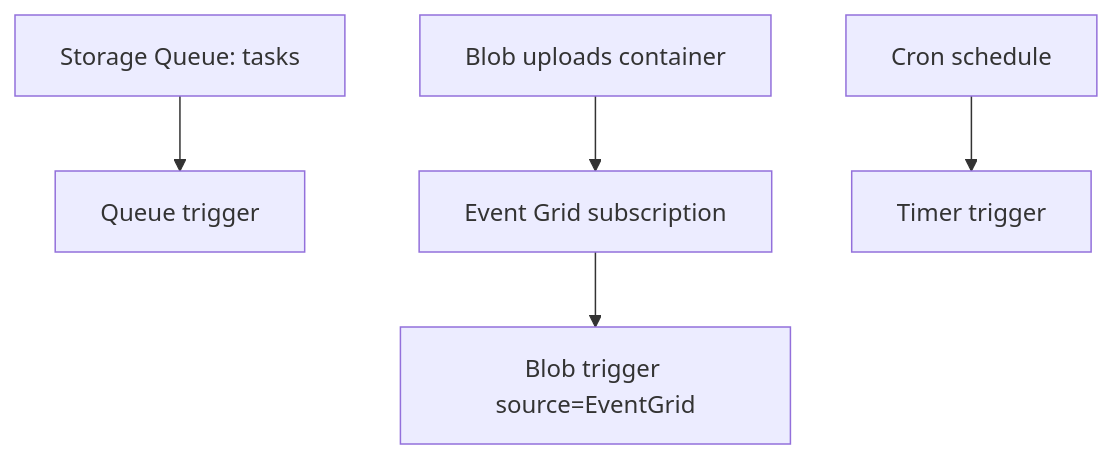
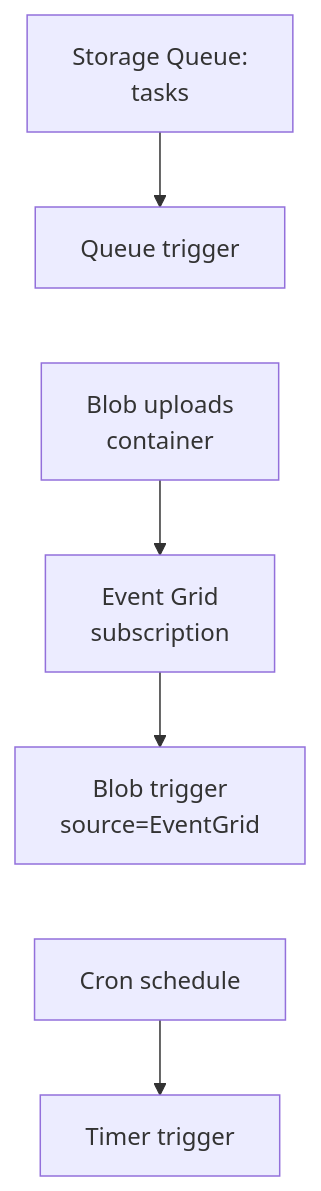
One commit to yeongseon/azure-functions-practical-guide changed the second of 2 diagrams in docs/language-guides/python/tutorial/flex-consumption/07-extending-triggers.md. Above: the diagram before and after it, drawn with Mermaid. The commit also changed other lines of this file and 4 other files, not shown here.

First line of the commit message:
docs(diagrams): clarify Python extending-trigger topology and flows (#543)

````diff
--- a/docs/language-guides/python/tutorial/flex-consumption/07-extending-triggers.md
+++ b/docs/language-guides/python/tutorial/flex-consumption/07-extending-triggers.md
@@ -110,7 +132,12 @@
 ```mermaid
 flowchart TD
-    Queue[Storage Queue: tasks] --> QueueFn[Queue trigger]
-    Blob[Blob uploads container] --> EG[Event Grid subscription]
-    EG --> BlobFn[Blob trigger source=EventGrid]
+    accTitle: Python Flex Consumption independent trigger paths
+    accDescr: The tasks queue associates with its queue trigger, uploads Blob events pass through an Event Grid subscription to the EventGrid-source Blob trigger, and the cron schedule associates with the timer trigger. These are logical trigger relationships, not HTTP ingress or sequential execution across trigger types.
+    Queue["Storage Queue:<br/>tasks"] --> QueueFn[Queue trigger]
+    Blob["Blob uploads<br/>container"] --> EG["Event Grid<br/>subscription"]
+    EG --> BlobFn["Blob trigger<br/>source=EventGrid"]
     Timer[Cron schedule] --> TimerFn[Timer trigger]
+    %% Layout-only tiers; add no trigger dependencies or visible arrows.
+    QueueFn ~~~ Blob
+    BlobFn ~~~ Timer
 ```
````
